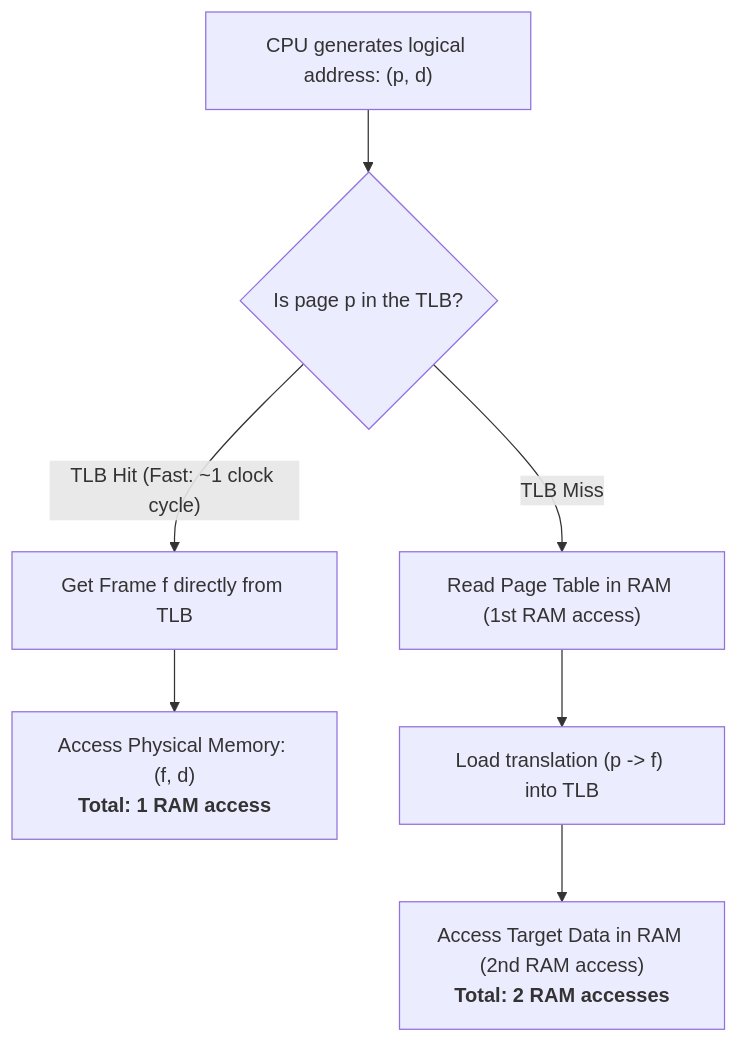
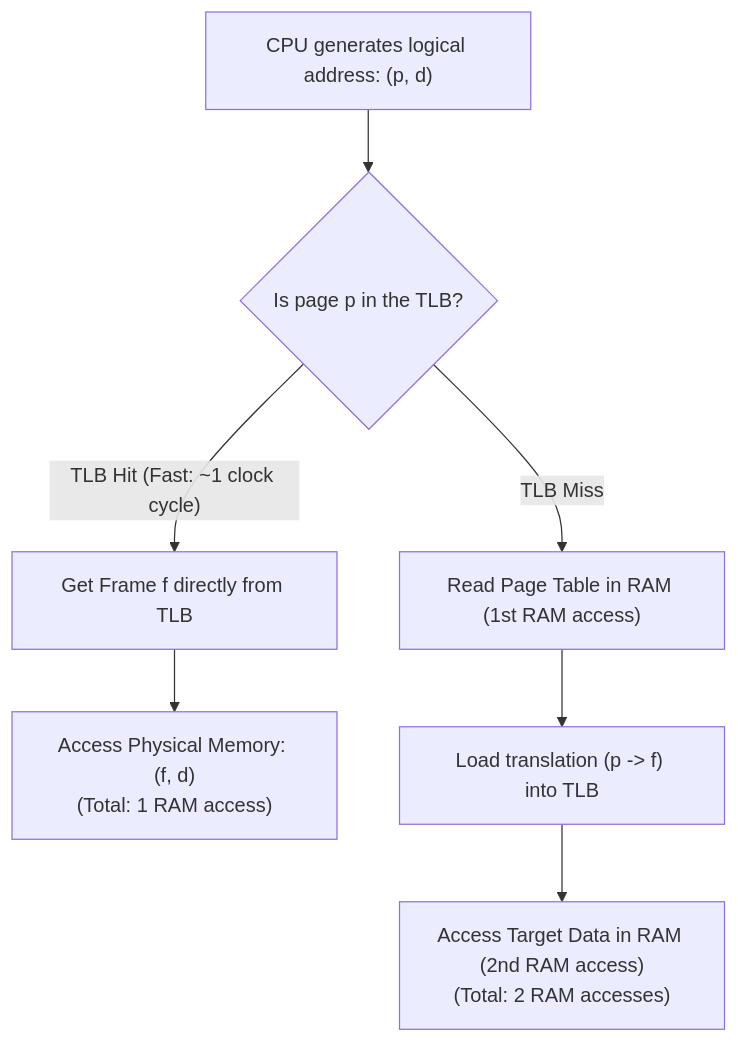
One commit to YatishGowda09/Sem-3-CSE-Notes changed the first of 7 diagrams in OS/Unit 3/L05 - Structure of the Page Table.md. Above: the diagram before and after it, drawn with Mermaid. The commit also changed 70 other files, not shown here.

First line of the commit message:
Fix Mermaid diagram syntax for GitHub rendering compatibility

````diff
--- a/OS/Unit 3/L05 - Structure of the Page Table.md
+++ b/OS/Unit 3/L05 - Structure of the Page Table.md
@@ -28,11 +28,11 @@
 ```mermaid
 flowchart TD
     CPU["CPU generates logical address: (p, d)"] --> TLB_LOOKUP{"Is page p in the TLB?"}
     
     TLB_LOOKUP -- "TLB Hit (Fast: ~1 clock cycle)" --> HIT["Get Frame f directly from TLB"]
-    HIT --> RAM_ACCESS["Access Physical Memory: (f, d)<br><b>Total: 1 RAM access</b>"]
+    HIT --> RAM_ACCESS["Access Physical Memory: (f, d)<br/>(Total: 1 RAM access)"]
     
     TLB_LOOKUP -- "TLB Miss" --> MISS["Read Page Table in RAM (1st RAM access)"]
     MISS --> LOAD_TLB["Load translation (p -> f) into TLB"]
-    LOAD_TLB --> DATA_ACCESS["Access Target Data in RAM (2nd RAM access)<br><b>Total: 2 RAM accesses</b>"]
+    LOAD_TLB --> DATA_ACCESS["Access Target Data in RAM (2nd RAM access)<br/>(Total: 2 RAM accesses)"]
 ```
````
